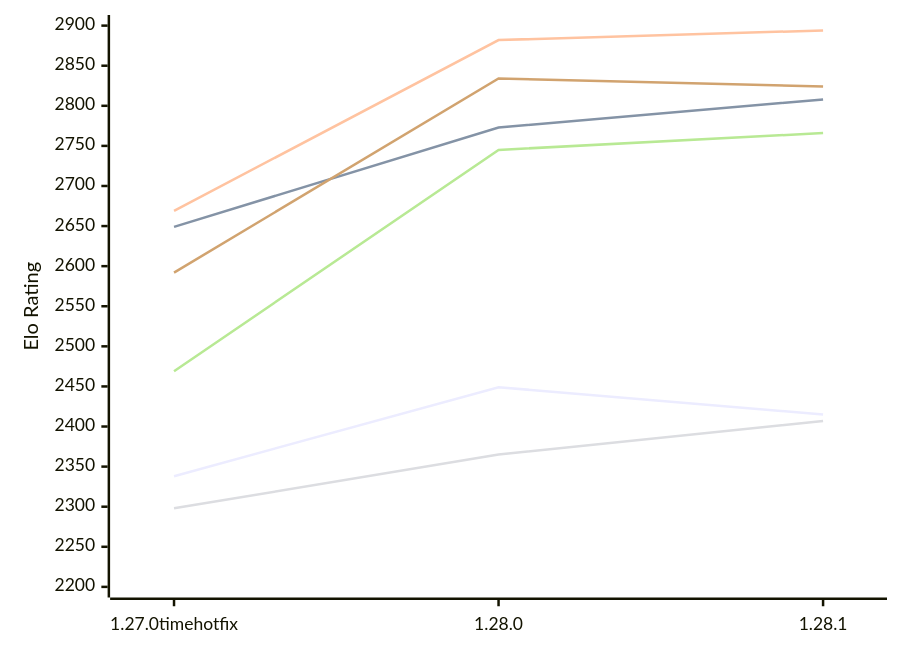
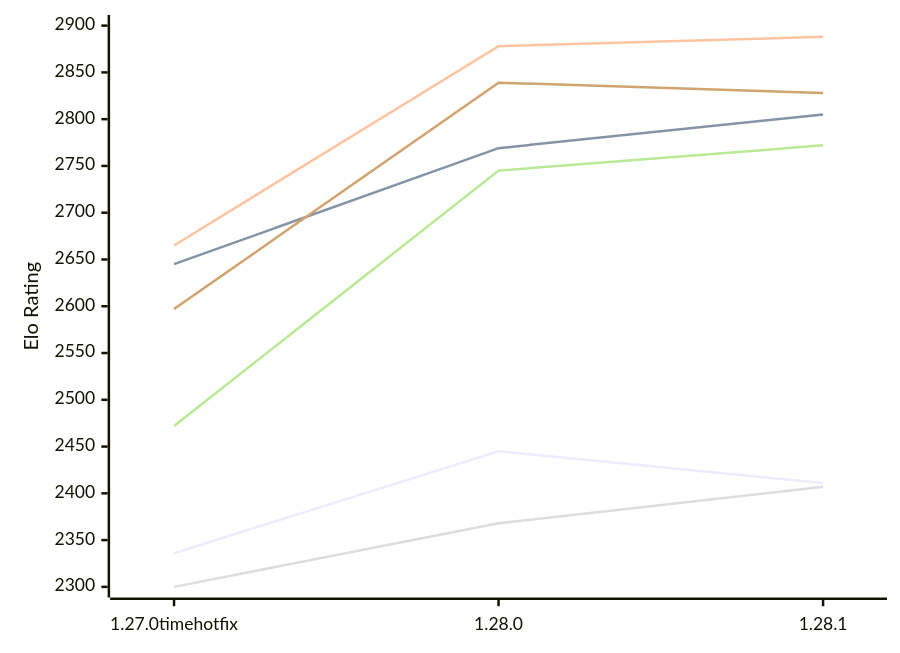
Before and after one commit to computer-chess-index/cci: the first of 2 diagrams in engines/Aurora.md, drawn with Mermaid. The commit also changed other lines of this file, not shown here.

Commit message:
Update CCI Ratings (ELO VLTC) - 2026-11-21

````diff
--- a/engines/Aurora.md
+++ b/engines/Aurora.md
@@ -52,12 +52,12 @@
 ```mermaid
 %%{init: {"theme":"base","themeVariables":{"seriesColors:['#a3a3a3','#222221','#faa371']}}}%%
 xychart-beta
   x-axis ["1.27.0timehotfix", "1.28.0", "1.28.1"]
-  y-axis "Elo Rating" 2200 --> 2900
-  line "E1: STC (8.0+0.08s)" [2338, 2449, 2415]
-  line "E1: LTC (60.0+0.60s)" [2649, 2773, 2808]
-  line "E1: VLTC (2m24s+1.12s)" [2669, 2882, 2894]
-  line "P1: STC (8.0+0.08s)" [2298, 2365, 2407]
-  line "P1: LTC (60.0+0.60s)" [2469, 2745, 2766]
-  line "P1: VLTC (2m24s+1.12s)" [2592, 2834, 2824]
+  y-axis "Elo Rating" 2300 --> 2900
+  line "E1: STC (8.0+0.08s)" [2336, 2445, 2411]
+  line "E1: LTC (60.0+0.60s)" [2645, 2769, 2805]
+  line "E1: VLTC (2m24s+1.12s)" [2665, 2878, 2888]
+  line "P1: STC (8.0+0.08s)" [2300, 2368, 2407]
+  line "P1: LTC (60.0+0.60s)" [2472, 2745, 2772]
+  line "P1: VLTC (2m24s+1.12s)" [2597, 2839, 2828]
 ```
````
